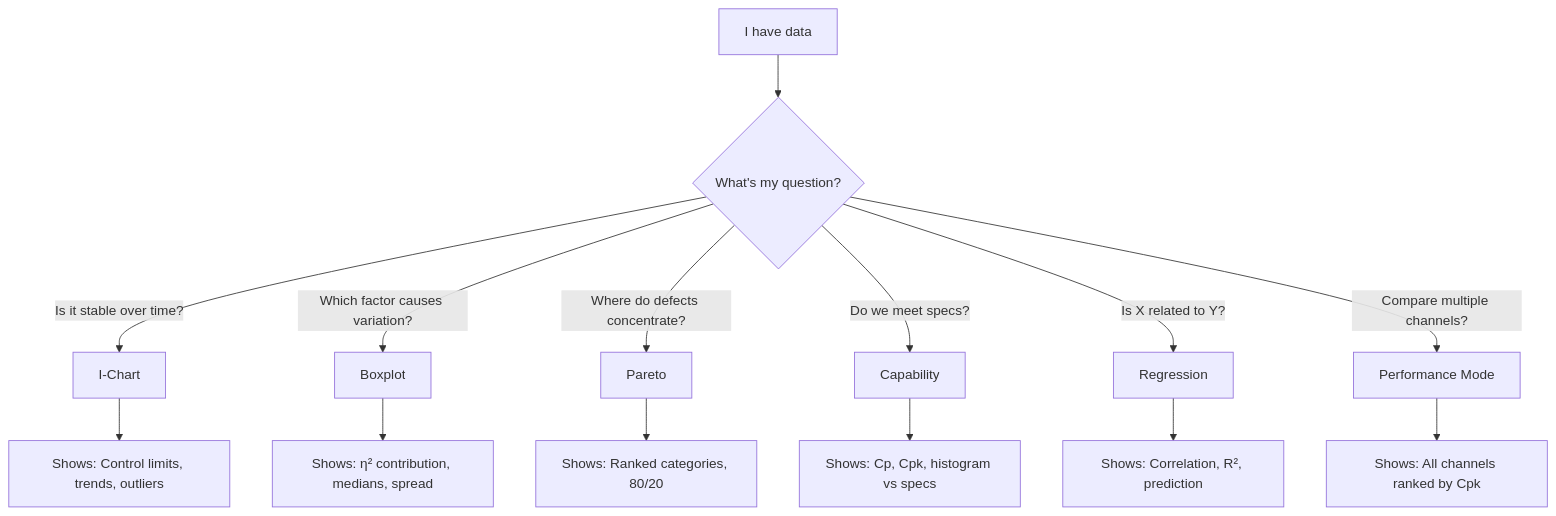
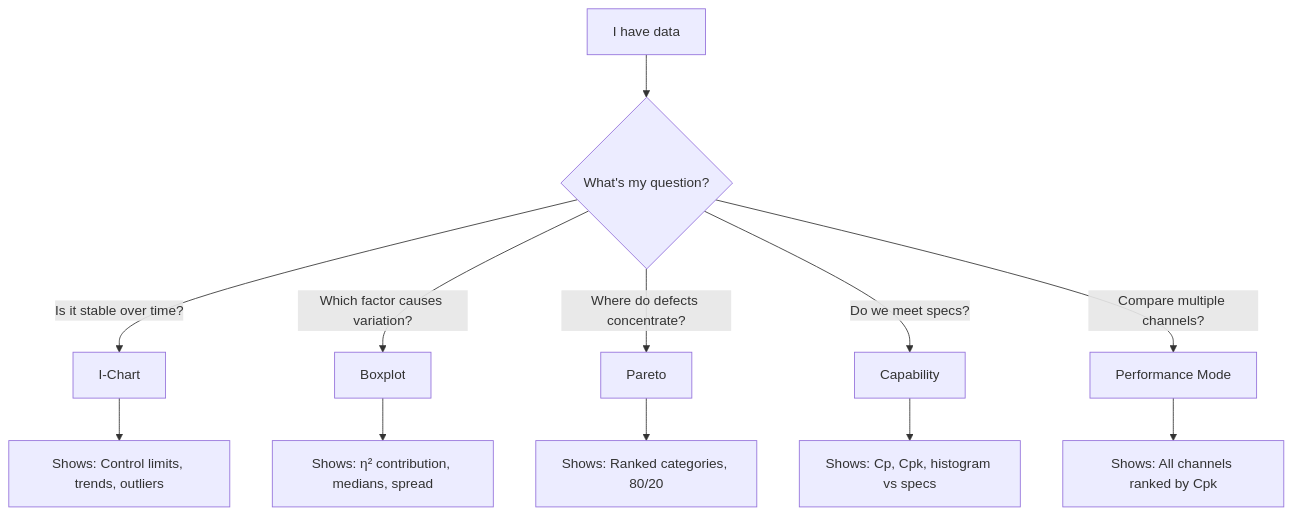
The first of 7 diagrams in docs/03-features/workflows/decision-trees.md (jukka-matti/variscout), drawn with Mermaid before and after one commit. The commit also changed other lines of this file and 9 other files, not shown here.

First line of the commit message:
docs: fix 18 stale diagram references across 10 doc files

````diff
--- a/docs/03-features/workflows/decision-trees.md
+++ b/docs/03-features/workflows/decision-trees.md
@@ -15,18 +15,16 @@
 ```mermaid
 flowchart TD
     A[I have data] --> B{What's my question?}
 
     B -->|"Is it stable over time?"| C[I-Chart]
     B -->|"Which factor causes variation?"| D[Boxplot]
     B -->|"Where do defects concentrate?"| E[Pareto]
     B -->|"Do we meet specs?"| F[Capability]
-    B -->|"Is X related to Y?"| G[Regression]
     B -->|"Compare multiple channels?"| I[Performance Mode]
 
     C --> C1["Shows: Control limits, trends, outliers"]
     D --> D1["Shows: η² contribution, medians, spread"]
     E --> E1["Shows: Ranked categories, 80/20"]
     F --> F1["Shows: Cp, Cpk, histogram vs specs"]
-    G --> G1["Shows: Correlation, R², prediction"]
     I --> I1["Shows: All channels ranked by Cpk"]
 ```
````
